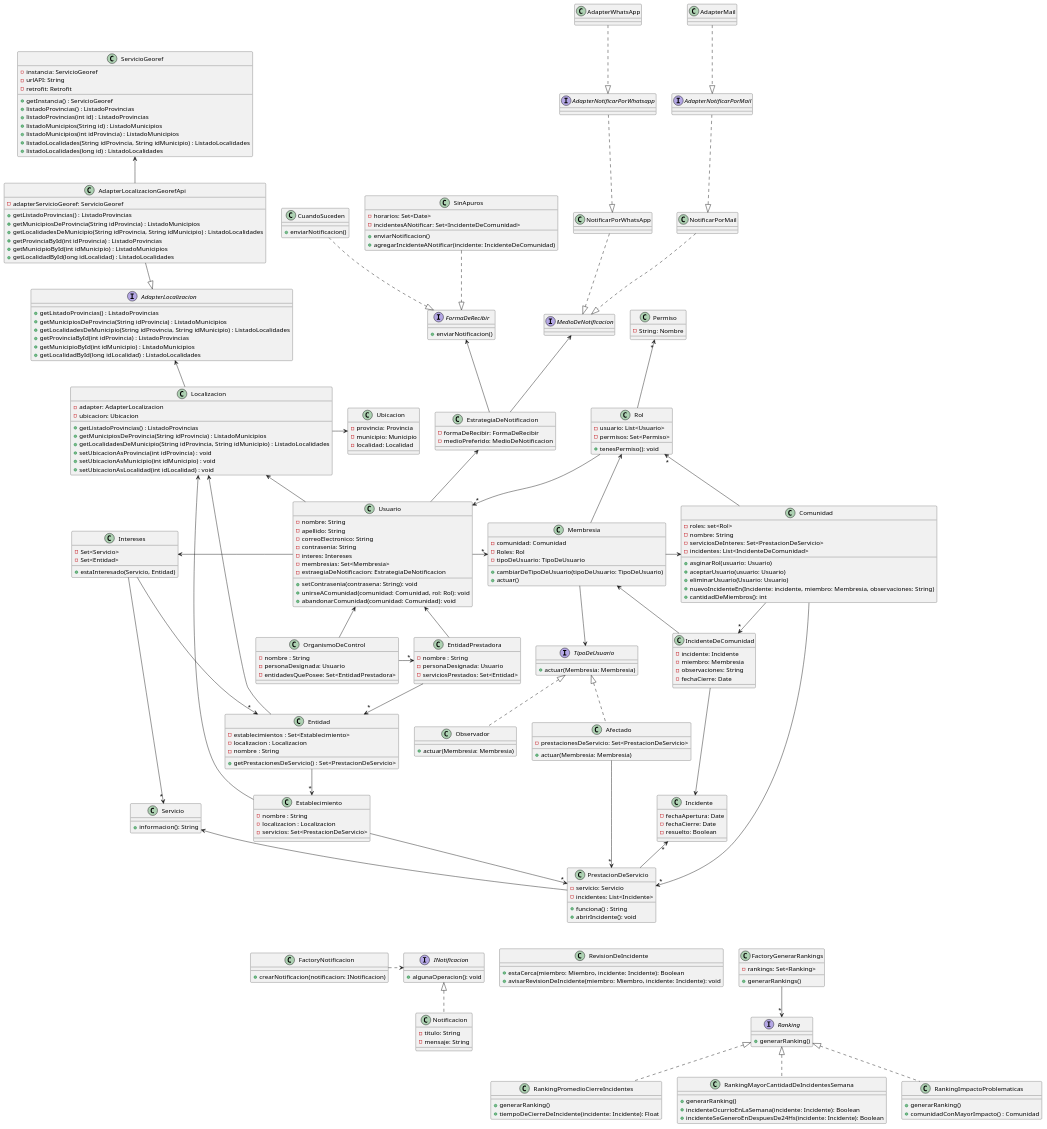
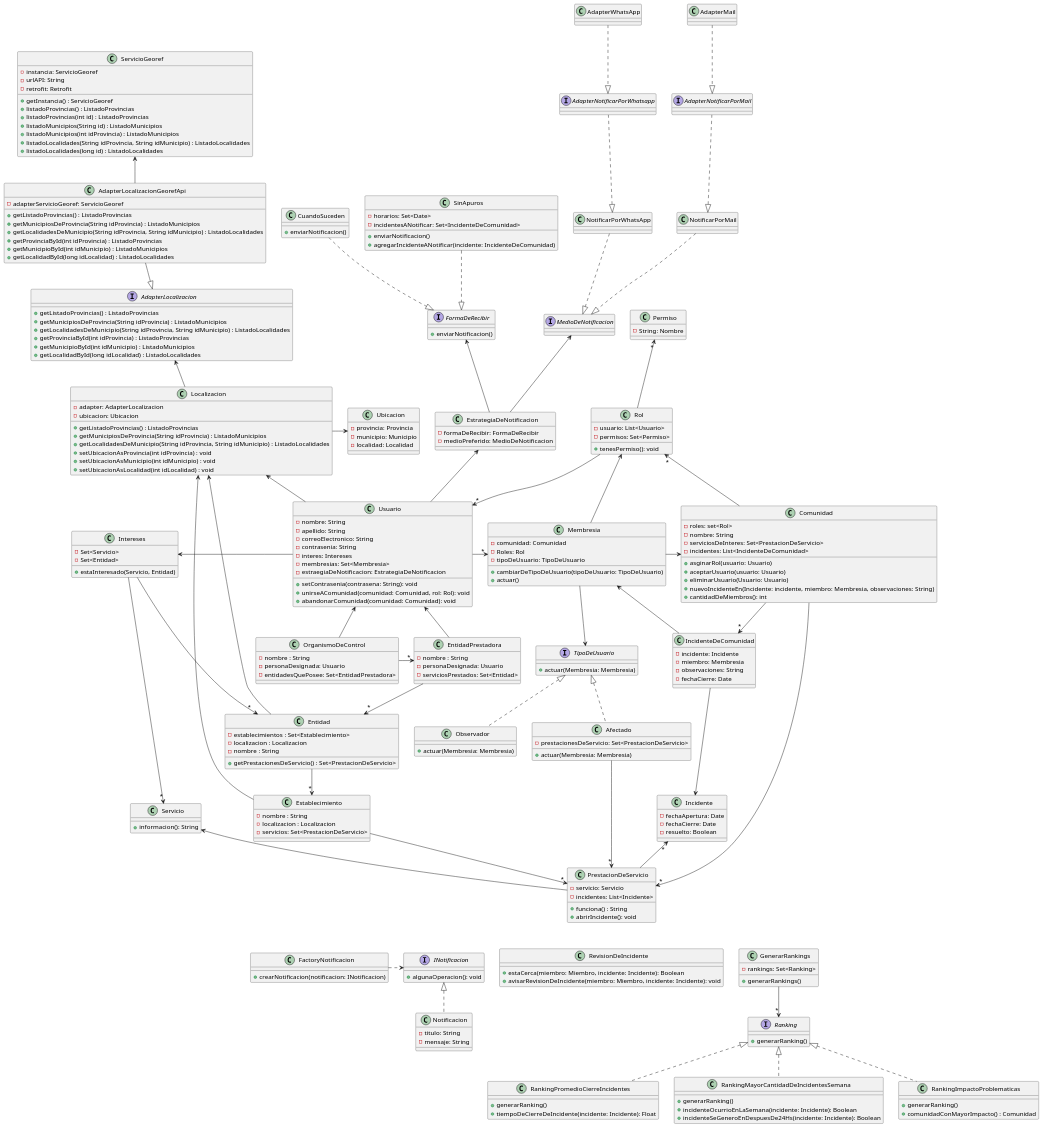
One commit to AndyTrias/comunidades-apoyo-movilidad-reducida- changed the diagram in Entregables/DiagramaDeClases.wsd. Above: the diagram before and after it, drawn with PlantUML. The commit also changed 10 other files, not shown here.

```diff
--- a/Entregables/DiagramaDeClases.wsd
+++ b/Entregables/DiagramaDeClases.wsd
@@ -341,7 +341,7 @@
 
 /' RANKINGS '/
 
-Class FactoryGenerarRankings {
+Class GenerarRankings {
     - rankings: Set<Ranking>
 
     + generarRankings()
@@ -369,7 +369,7 @@
 
 
 
-FactoryGenerarRankings --> "*" Ranking
+GenerarRankings --> "*" Ranking
 Ranking <|.. RankingPromedioCierreIncidentes
 Ranking <|.. RankingMayorCantidadDeIncidentesSemana
 Ranking <|.. RankingImpactoProblematicas
@@ -410,6 +410,6 @@
 
 PrestacionDeServicio -[hidden]-> FactoryNotificacion
 PrestacionDeServicio -[hidden]-> RevisionDeIncidente
-PrestacionDeServicio -[hidden]-> FactoryGenerarRankings
+PrestacionDeServicio -[hidden]-> GenerarRankings
 
 @enduml
```
